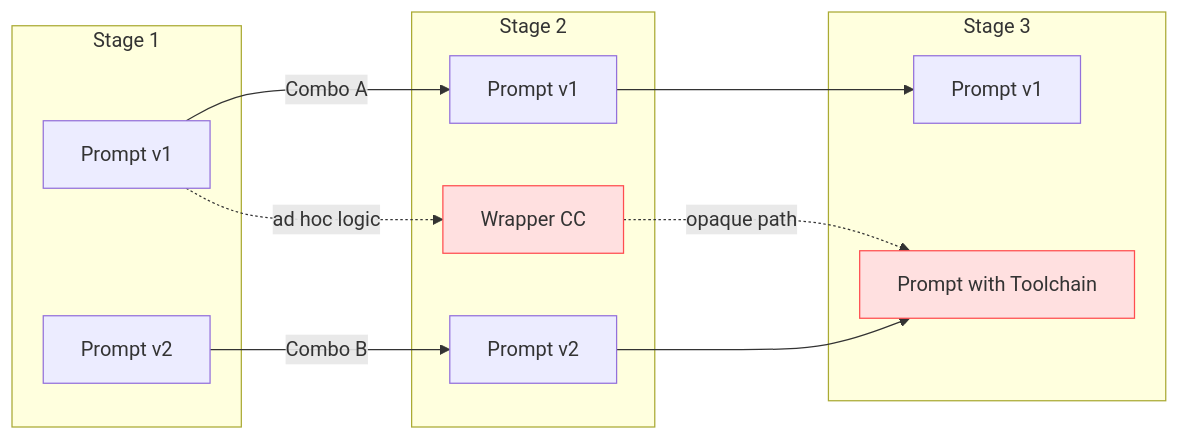
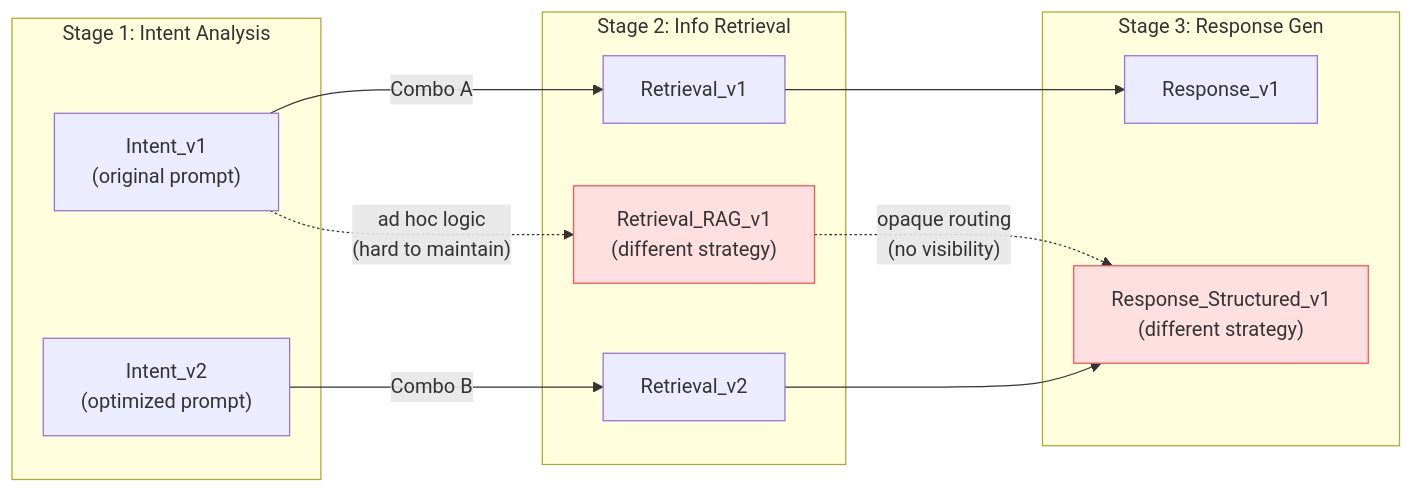
One commit to featbit/agent-flag changed the first of 6 diagrams in insights-bh.md. Above: the diagram before and after it, drawn with Mermaid. The commit also changed other lines of this file, not shown here.

Commit message:
Enhance combinatorial prompt management insights by refining example workflows, clarifying prompt variations, and detailing user segment strategies for improved understanding and operational efficiency.

````diff
--- a/insights-bh.md
+++ b/insights-bh.md
@@ -25,26 +27,26 @@
 ```mermaid
 graph LR
-	subgraph Stage 1
-		P1A[Prompt v1]
-		P1B[Prompt v2]
+	subgraph S1["Stage 1: Intent Analysis"]
+		P1A["Intent_v1<br/>(original prompt)"]
+		P1B["Intent_v2<br/>(optimized prompt)"]
 	end
 
-	subgraph Stage 2
-		P2A[Prompt v1]
-		P2B[Prompt v2]
-		P2C[Wrapper CC]
+	subgraph S2["Stage 2: Info Retrieval"]
+		P2A["Retrieval_v1"]
+		P2B["Retrieval_v2"]
+		P2C["Retrieval_RAG_v1<br/>(different strategy)"]
 	end
 
-	subgraph Stage 3
-		P3A[Prompt v1]
-		P3B[Prompt with Toolchain]
+	subgraph S3["Stage 3: Response Gen"]
+		P3A["Response_v1"]
+		P3B["Response_Structured_v1<br/>(different strategy)"]
 	end
 
 	P1A -->|Combo A| P2A --> P3A
 	P1B -->|Combo B| P2B --> P3B
-	P1A -. ad hoc logic .-> P2C
-	P2C -. opaque path .-> P3B
+	P1A -. "ad hoc logic<br/>(hard to maintain)" .-> P2C
+	P2C -. "opaque routing<br/>(no visibility)" .-> P3B
 
 	classDef risk fill:#ffe0e0,stroke:#ff4d4f
 	class P2C,P3B risk
 ```
````
